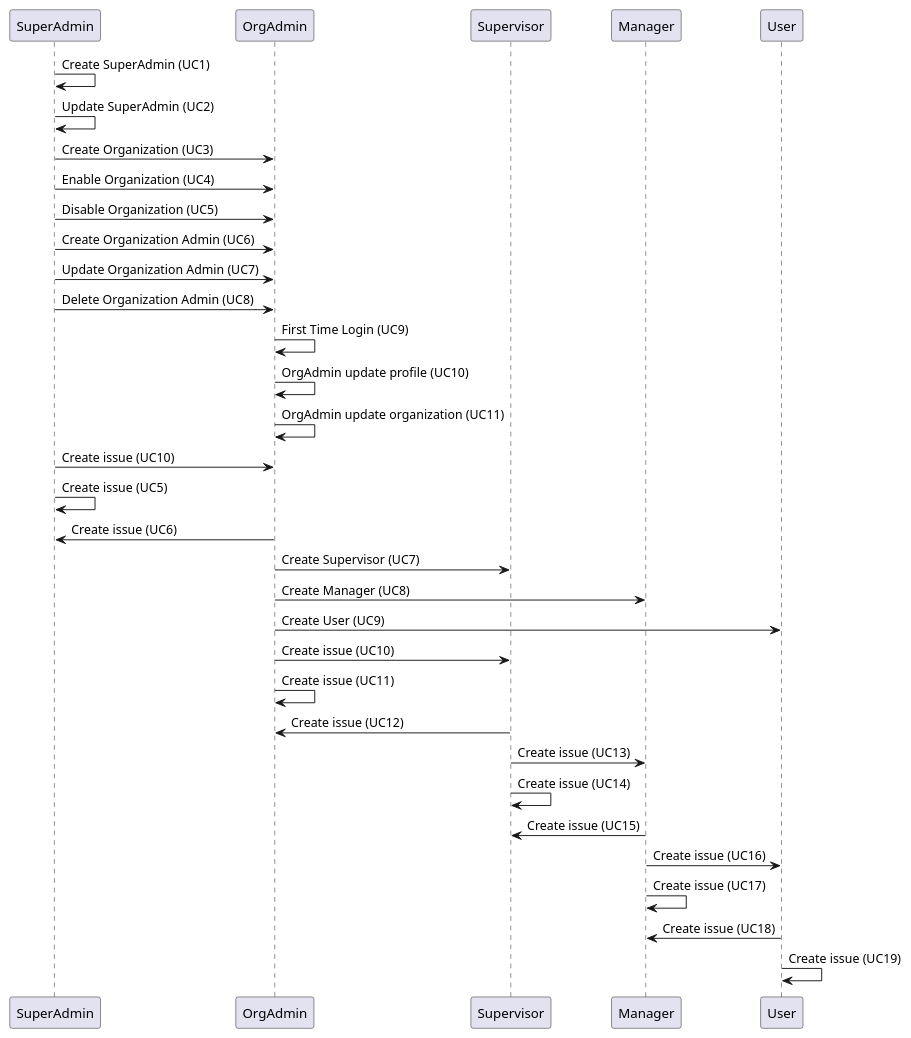
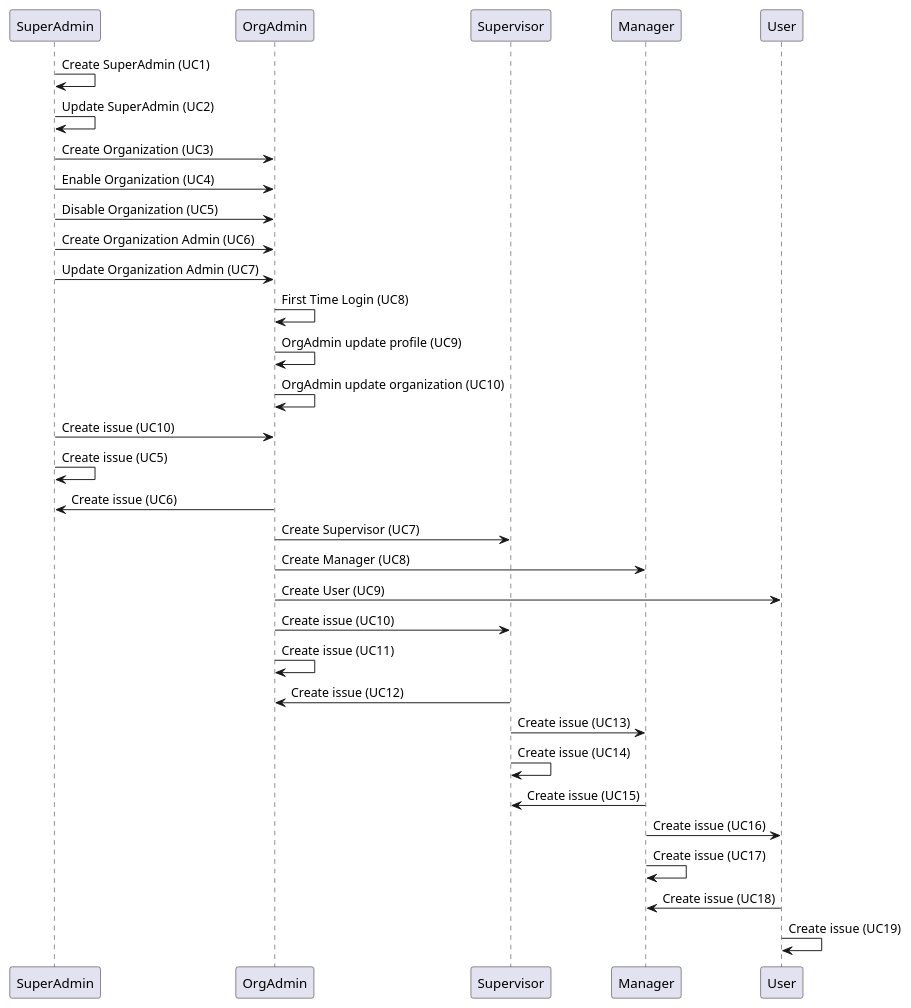
Before and after one commit to wawerualbert/CodeHub: the diagram in documentation/all_usecases.wsd, drawn with PlantUML. The commit also changed 7 other files, not shown here.

```diff
--- a/documentation/all_usecases.wsd
+++ b/documentation/all_usecases.wsd
@@ -1,48 +1,47 @@
 @startuml AllUseCases
 
 participant "SuperAdmin" as SuperAdmin
 SuperAdmin -> SuperAdmin:Create SuperAdmin (UC1)
 SuperAdmin -> SuperAdmin:Update SuperAdmin (UC2)
 
 SuperAdmin -> OrgAdmin:Create Organization (UC3)
 SuperAdmin -> OrgAdmin:Enable Organization (UC4)
 SuperAdmin -> OrgAdmin:Disable Organization (UC5)
 
 SuperAdmin -> OrgAdmin:Create Organization Admin (UC6)
 SuperAdmin -> OrgAdmin:Update Organization Admin (UC7)
-SuperAdmin -> OrgAdmin:Delete Organization Admin (UC8)
 
-OrgAdmin -> OrgAdmin:First Time Login (UC9)
-OrgAdmin -> OrgAdmin:OrgAdmin update profile (UC10)
-OrgAdmin -> OrgAdmin:OrgAdmin update organization (UC11)
+OrgAdmin -> OrgAdmin:First Time Login (UC8)
+OrgAdmin -> OrgAdmin:OrgAdmin update profile (UC9)
+OrgAdmin -> OrgAdmin:OrgAdmin update organization (UC10)
 
 SuperAdmin -> OrgAdmin:Create issue (UC10)
 SuperAdmin -> SuperAdmin:Create issue (UC5)
 
 OrgAdmin -> SuperAdmin:Create issue (UC6)
 
 OrgAdmin -> Supervisor:Create Supervisor (UC7)
 OrgAdmin -> Manager:Create Manager (UC8)
 OrgAdmin -> User:Create User (UC9)
 
 OrgAdmin -> Supervisor:Create issue (UC10)
 OrgAdmin -> OrgAdmin:Create issue (UC11)
 
 participant "Supervisor" as Supervisor
 Supervisor -> OrgAdmin:Create issue (UC12)
 Supervisor -> Manager:Create issue (UC13)
 Supervisor -> Supervisor:Create issue (UC14)
 
 
 participant "Manager" as Manager
 Manager -> Supervisor:Create issue (UC15)
 Manager -> User:Create issue (UC16)
 Manager -> Manager:Create issue (UC17)
 
 
 participant "User" as User
 User -> Manager:Create issue (UC18)
 User -> User:Create issue (UC19)
 
 
 @enduml
```
